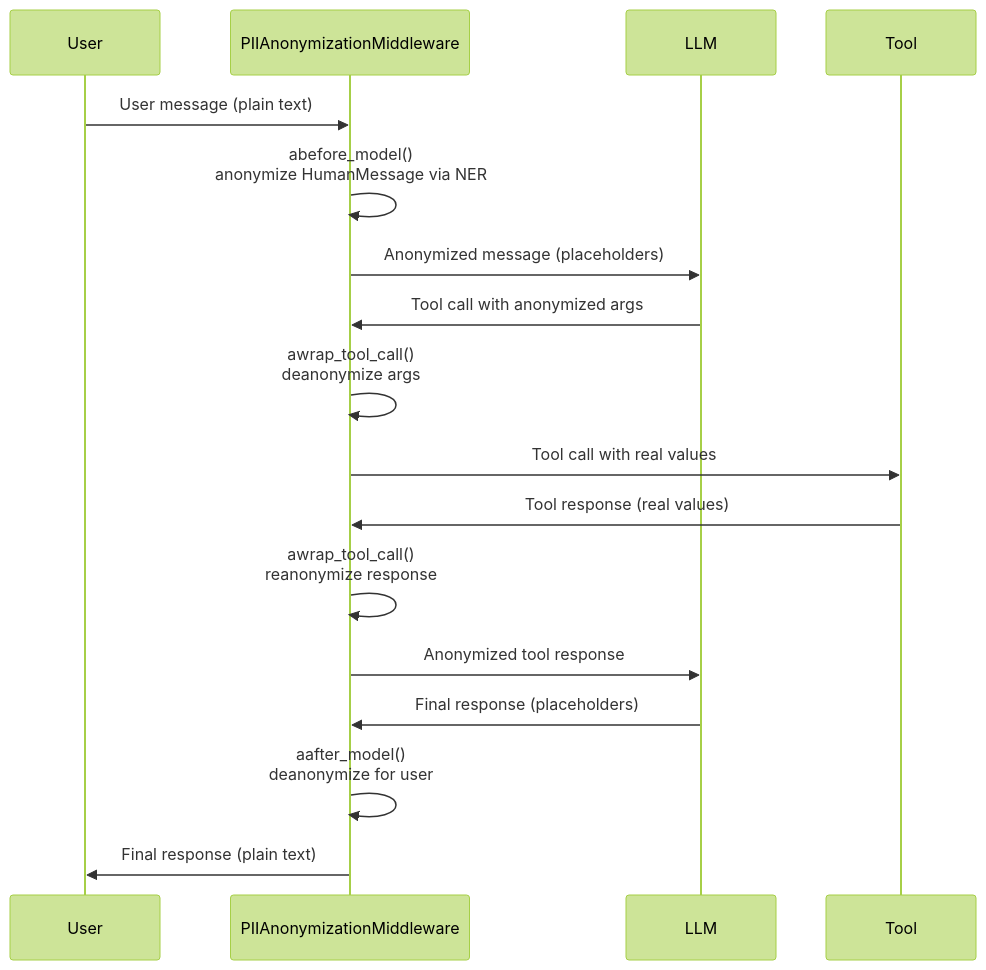
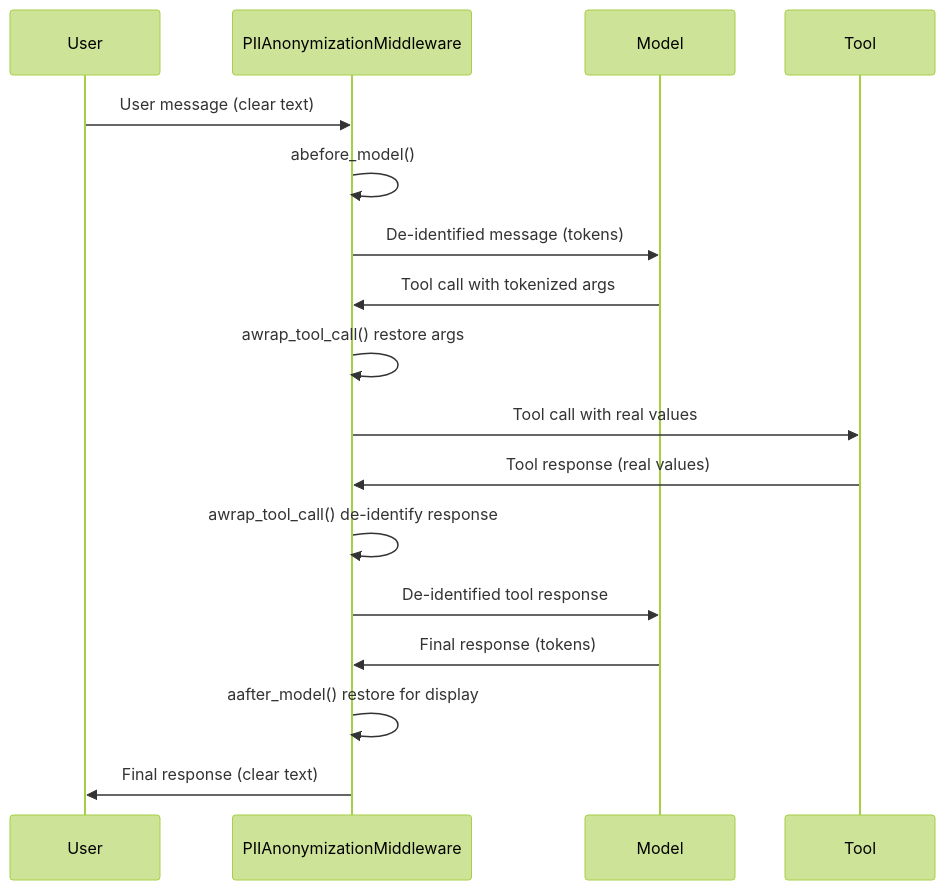
Before and after one commit to Athroniaeth/piighost: the diagram in docs/en/reference/middleware.md, drawn with Mermaid (forest theme). The commit also changed other lines of this file and 57 other files, not shown here.

````diff
--- a/docs/en/reference/middleware.md
+++ b/docs/en/reference/middleware.md
@@ -114,20 +148,20 @@
 ```mermaid
 sequenceDiagram
     participant U as User
     participant M as PIIAnonymizationMiddleware
-    participant L as LLM
+    participant L as Model
     participant T as Tool
 
-    U->>M: User message (plain text)
-    M->>M: abefore_model()<br/>anonymize HumanMessage via NER
-    M->>L: Anonymized message (placeholders)
-    L->>M: Tool call with anonymized args
-    M->>M: awrap_tool_call()<br/>deanonymize args
+    U->>M: User message (clear text)
+    M->>M: abefore_model()
+    M->>L: De-identified message (tokens)
+    L->>M: Tool call with tokenized args
+    M->>M: awrap_tool_call() restore args
     M->>T: Tool call with real values
     T->>M: Tool response (real values)
-    M->>M: awrap_tool_call()<br/>reanonymize response
-    M->>L: Anonymized tool response
-    L->>M: Final response (placeholders)
-    M->>M: aafter_model()<br/>deanonymize for user
-    M->>U: Final response (plain text)
+    M->>M: awrap_tool_call() de-identify response
+    M->>L: De-identified tool response
+    L->>M: Final response (tokens)
+    M->>M: aafter_model() restore for display
+    M->>U: Final response (clear text)
 ```
````
